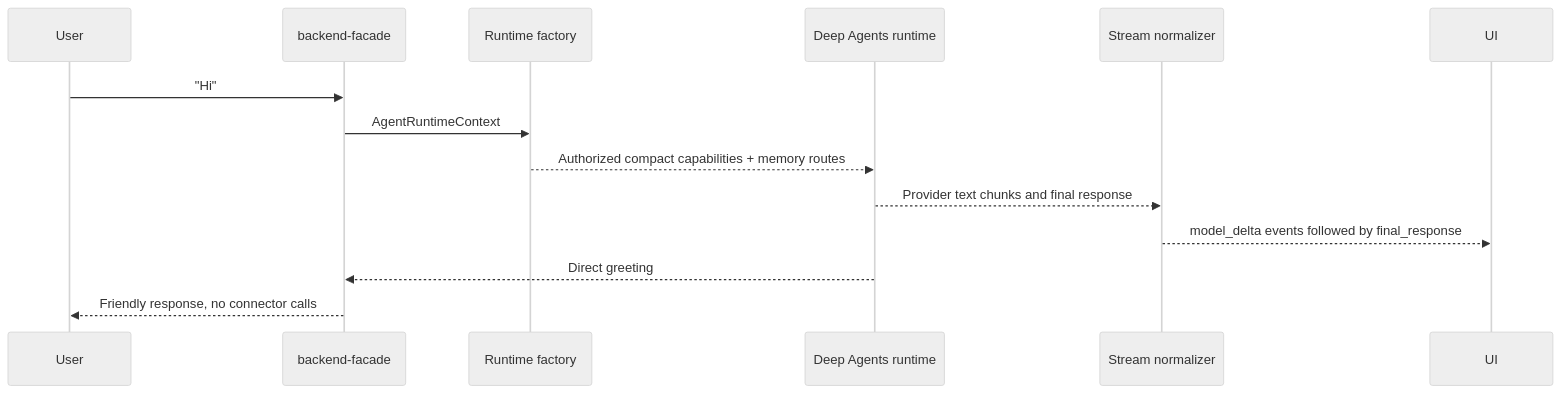
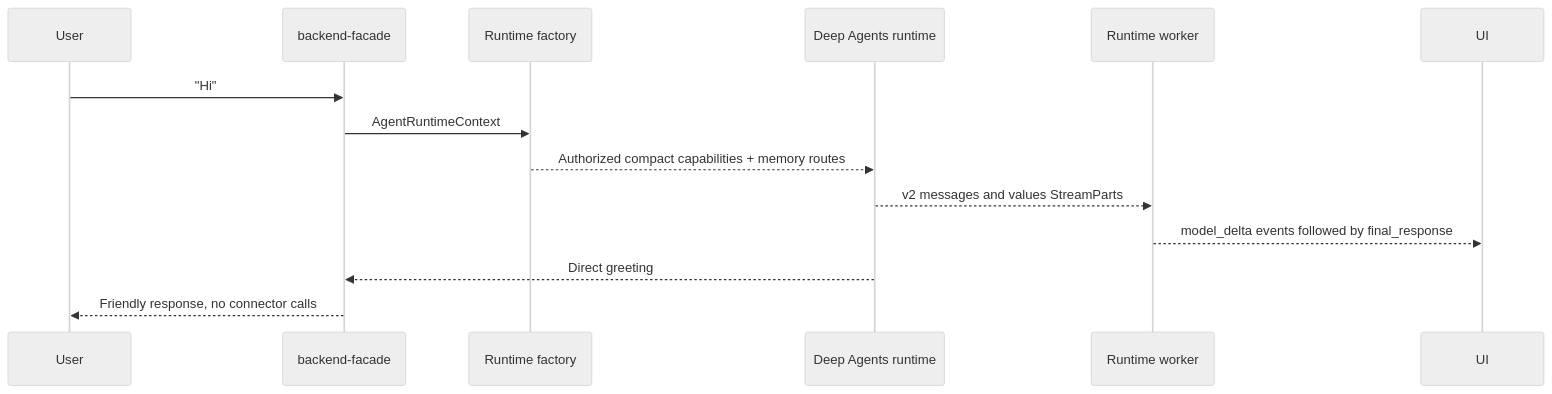
Before and after one commit to 0x-copilot-dev/0x-copilot: the third of 8 diagrams in services/ai-backend/docs/architecture/data-flow.md, drawn with Mermaid (neutral theme). The commit also changed other lines of this file and 161 other files, not shown here.

````diff
--- a/services/ai-backend/docs/architecture/data-flow.md
+++ b/services/ai-backend/docs/architecture/data-flow.md
@@ -121,17 +123,17 @@
 ```mermaid
 sequenceDiagram
   participant User
   participant Facade as backend-facade
   participant Factory as Runtime factory
   participant Runtime as Deep Agents runtime
-  participant Normalizer as Stream normalizer
+  participant Worker as Runtime worker
   participant UI
 
   User->>Facade: "Hi"
   Facade->>Factory: AgentRuntimeContext
   Factory-->>Runtime: Authorized compact capabilities + memory routes
-  Runtime-->>Normalizer: Provider text chunks and final response
-  Normalizer-->>UI: model_delta events followed by final_response
+  Runtime-->>Worker: v2 messages and values StreamParts
+  Worker-->>UI: model_delta events followed by final_response
   Runtime-->>Facade: Direct greeting
   Facade-->>User: Friendly response, no connector calls
 ```
````
